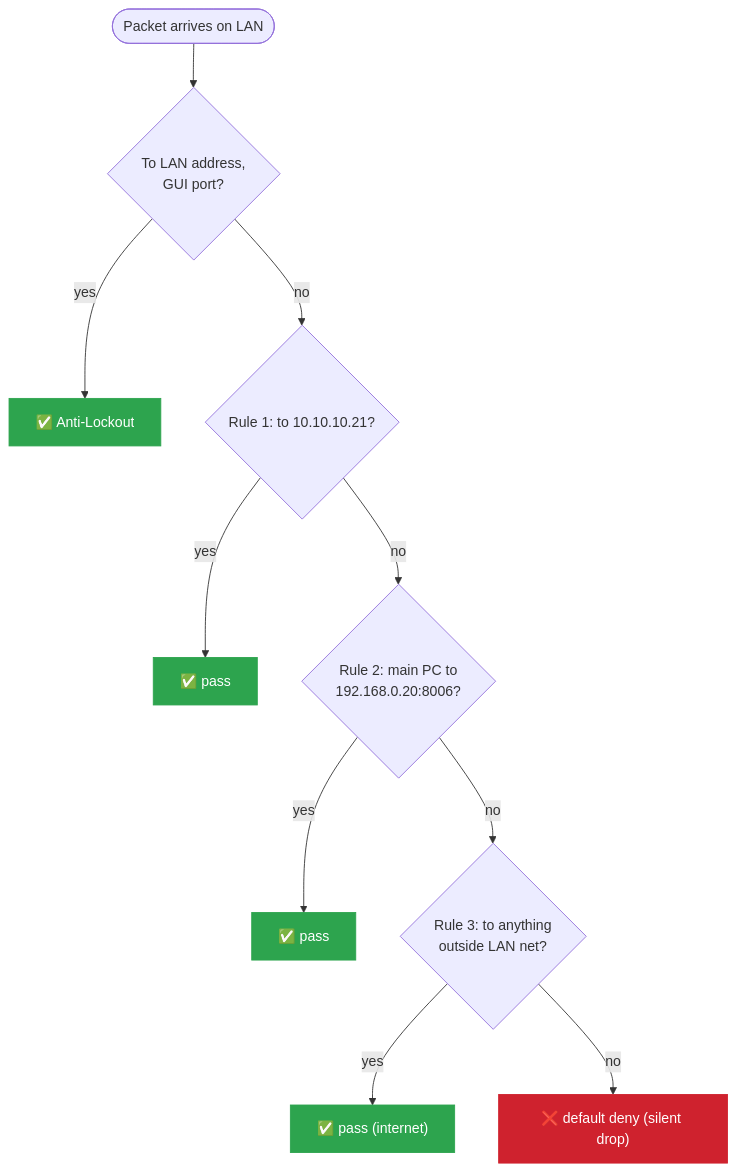
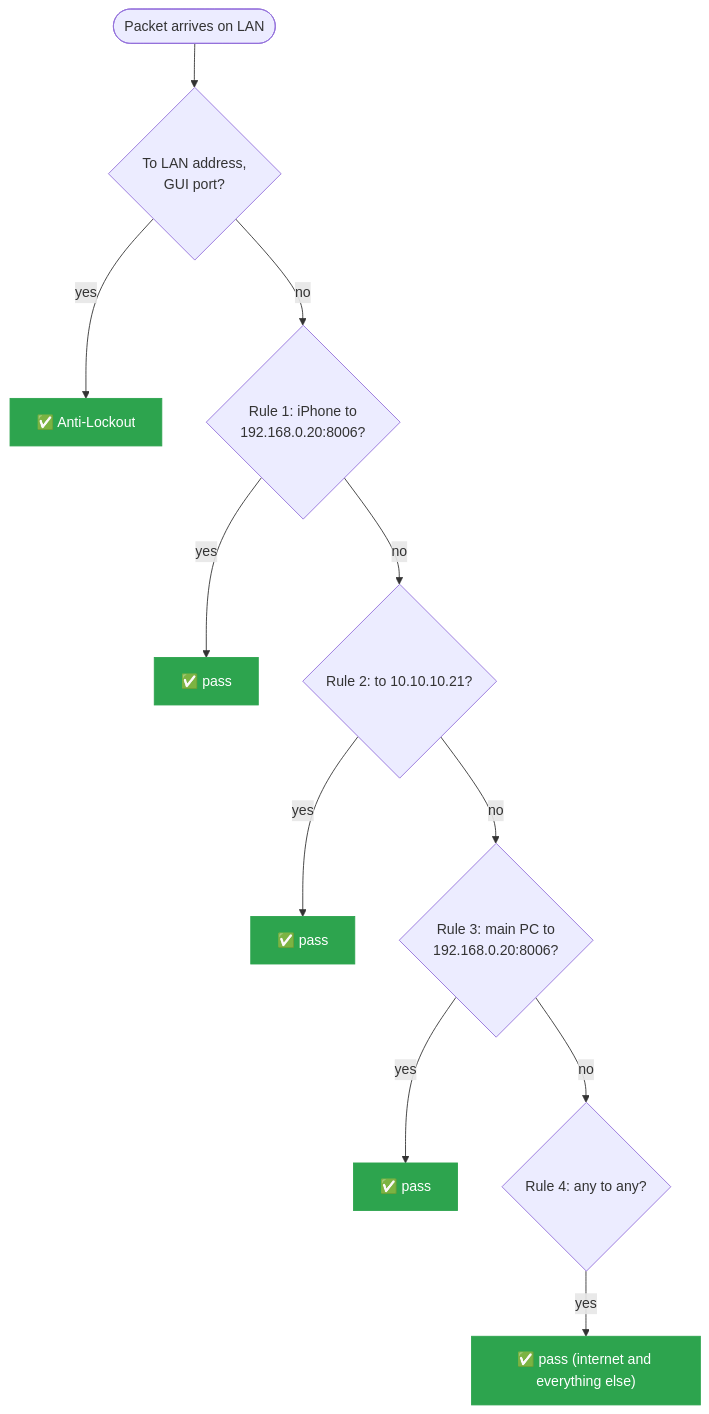
Before and after one commit to ClydeWasEjected/ClydeHomeLab: the second of 2 diagrams in HomeLab/2 - pfSense/pfSense Configuration.md, drawn with Mermaid. The commit also changed other lines of this file, not shown here.

Commit message:
pfSense: sync LAN rule table with live box, log 2026-10-03 review

````diff
--- a/HomeLab/2 - pfSense/pfSense Configuration.md
+++ b/HomeLab/2 - pfSense/pfSense Configuration.md
@@ -52,16 +52,15 @@
 ```mermaid
 flowchart TB
     p(["Packet arrives on LAN"]) --> al{"To LAN address,<br/>GUI port?"}
     al -- "yes" --> A1["✅ Anti-Lockout"]
-    al -- "no" --> r1{"Rule 1: to 10.10.10.21?"}
+    al -- "no" --> r1{"Rule 1: iPhone to<br/>192.168.0.20:8006?"}
     r1 -- "yes" --> A2["✅ pass"]
-    r1 -- "no" --> r2{"Rule 2: main PC to<br/>192.168.0.20:8006?"}
+    r1 -- "no" --> r2{"Rule 2: to 10.10.10.21?"}
     r2 -- "yes" --> A3["✅ pass"]
-    r2 -- "no" --> r3{"Rule 3: to anything<br/>outside LAN net?"}
-    r3 -- "yes" --> A4["✅ pass (internet)"]
-    r3 -- "no" --> D["❌ default deny (silent drop)"]
+    r2 -- "no" --> r3{"Rule 3: main PC to<br/>192.168.0.20:8006?"}
+    r3 -- "yes" --> A4["✅ pass"]
+    r3 -- "no" --> r4{"Rule 4: any to any?"}
+    r4 -- "yes" --> A5["✅ pass (internet and everything else)"]
     classDef ok fill:#2da44e,stroke:#2da44e,color:#fff
-    classDef bad fill:#cf222e,stroke:#cf222e,color:#fff
-    class A1,A2,A3,A4 ok
-    class D bad
+    class A1,A2,A3,A4,A5 ok
 ```
````
